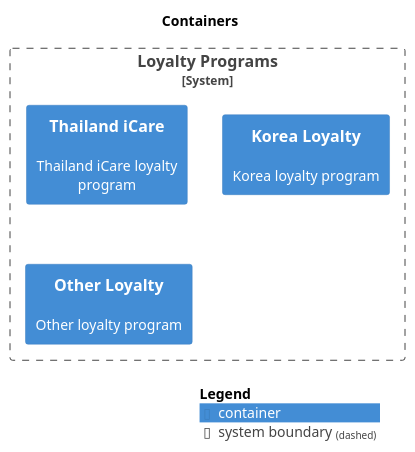
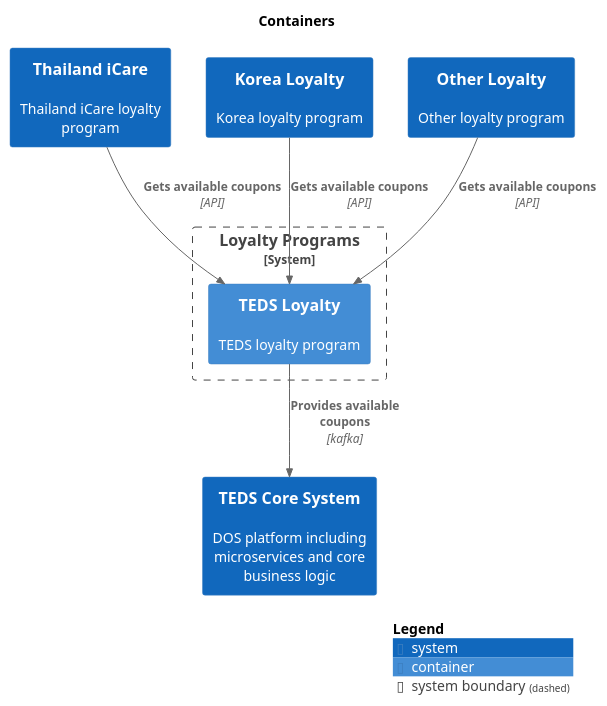
The diagram in main/puml/Level2_loyalty-adapter_Containers.puml (kzsahay/teds), drawn with PlantUML before and after one commit. The commit also changed 264 other files, not shown here.

```diff
--- a/main/puml/Level2_loyalty-adapter_Containers.puml
+++ b/main/puml/Level2_loyalty-adapter_Containers.puml
@@ -1,19 +1,26 @@
 @startuml
 set separator none
 title Containers
 
 top to bottom direction
 
 !include <C4/C4>
 !include <C4/C4_Context>
 !include <C4/C4_Container>
 
+System(TEDSCoreSystem, "TEDS Core System", $descr="DOS platform including microservices and core business logic", $tags="", $link="")
+System(ThailandiCare, "Thailand iCare", $descr="Thailand iCare loyalty program", $tags="", $link="")
+System(KoreaLoyalty, "Korea Loyalty", $descr="Korea loyalty program", $tags="", $link="")
+System(OtherLoyalty, "Other Loyalty", $descr="Other loyalty program", $tags="", $link="")
+
 System_Boundary("LoyaltyPrograms_boundary", "Loyalty Programs", $tags="") {
-  Container(LoyaltyPrograms.ThailandiCare, "Thailand iCare", $techn="", $descr="Thailand iCare loyalty program", $tags="", $link="")
-  Container(LoyaltyPrograms.KoreaLoyalty, "Korea Loyalty", $techn="", $descr="Korea loyalty program", $tags="", $link="")
-  Container(LoyaltyPrograms.OtherLoyalty, "Other Loyalty", $techn="", $descr="Other loyalty program", $tags="", $link="")
+  Container(LoyaltyPrograms.TEDSLoyalty, "TEDS Loyalty", $techn="", $descr="TEDS loyalty program", $tags="", $link="")
 }
 
+Rel(ThailandiCare, LoyaltyPrograms.TEDSLoyalty, "Gets available coupons", $techn="API", $tags="", $link="")
+Rel(KoreaLoyalty, LoyaltyPrograms.TEDSLoyalty, "Gets available coupons", $techn="API", $tags="", $link="")
+Rel(OtherLoyalty, LoyaltyPrograms.TEDSLoyalty, "Gets available coupons", $techn="API", $tags="", $link="")
+Rel(LoyaltyPrograms.TEDSLoyalty, TEDSCoreSystem, "Provides available coupons", $techn="kafka", $tags="", $link="")
 
 SHOW_LEGEND(true)
 @enduml
```
